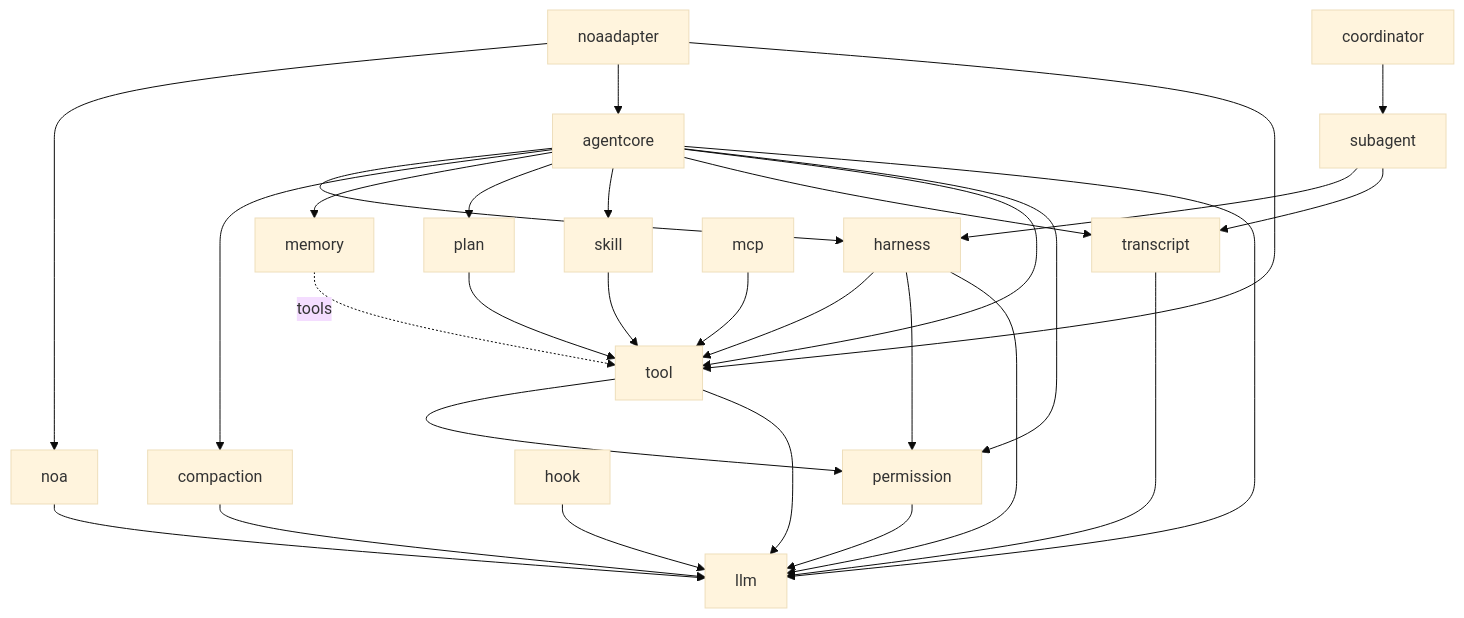
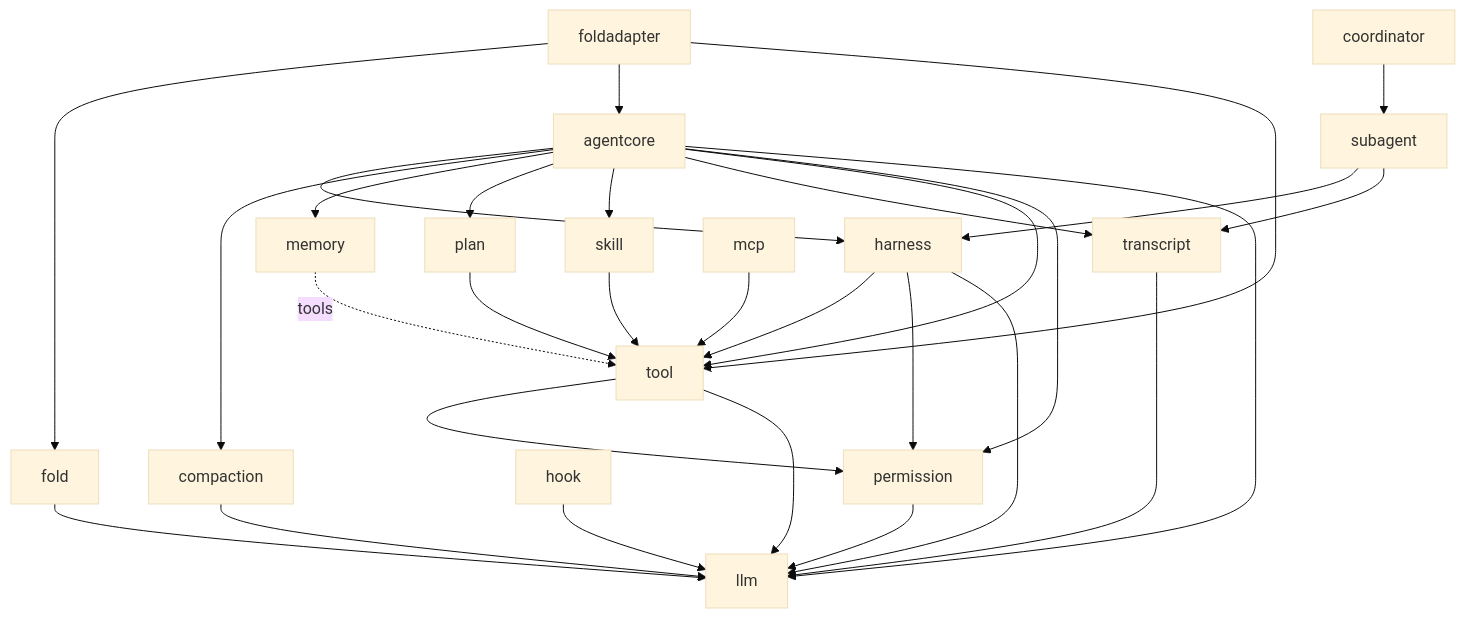
The second of 8 diagrams in docs/ARCHITECTURE.md (0xmanhnv/Norma), drawn with Mermaid (base theme) before and after one commit. The commit also changed other lines of this file and 185 other files, not shown here.

First line of the commit message:
refactor: rename the context-compression package noa -> fold

````diff
--- a/docs/ARCHITECTURE.md
+++ b/docs/ARCHITECTURE.md
@@ -86,37 +86,37 @@
 ```mermaid
 flowchart TD
     agentcore --> harness
     agentcore --> compaction
     agentcore --> memory
     agentcore --> plan
     agentcore --> skill
     agentcore --> transcript
     agentcore --> tool
     agentcore --> permission
     agentcore --> llm
 
     harness --> tool
     harness --> permission
     harness --> llm
 
     tool --> permission
     tool --> llm
 
     subagent --> harness
     subagent --> transcript
     coordinator --> subagent
     mcp --> tool
     skill --> tool
     plan --> tool
     memory -.tools.-> tool
     hook --> llm
 
-    noaadapter --> noa
-    noaadapter --> agentcore
-    noaadapter --> tool
-    noa --> llm
+    foldadapter --> fold
+    foldadapter --> agentcore
+    foldadapter --> tool
+    fold --> llm
 
     permission --> llm
     compaction --> llm
     transcript --> llm
 ```
````
